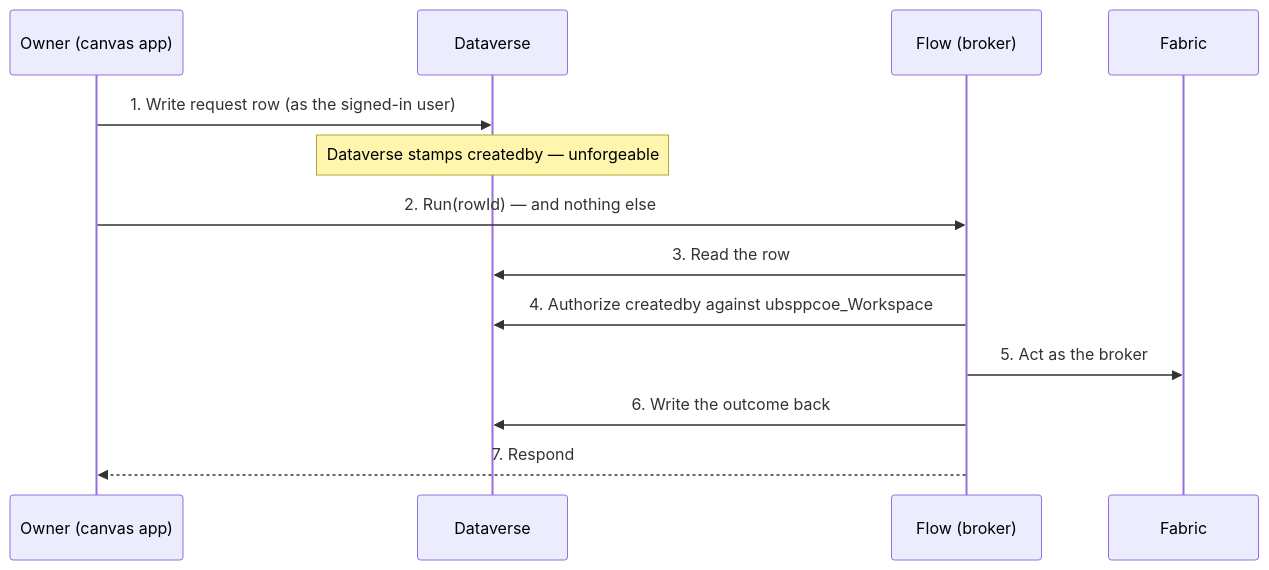
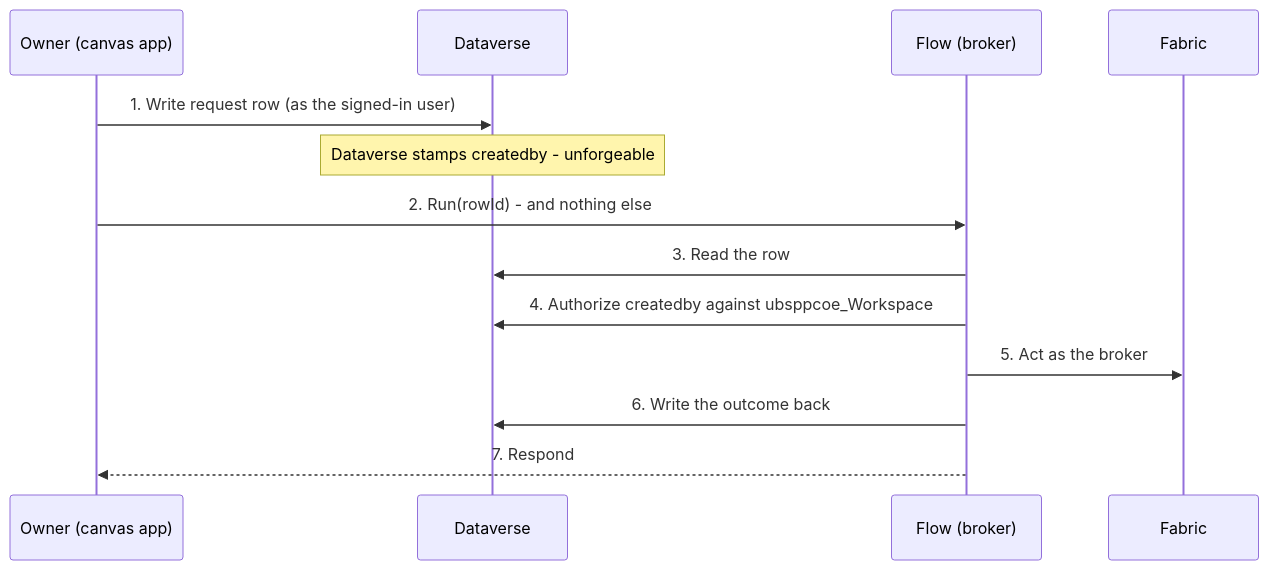
The second of 5 diagrams in workspace-settings/ARCHITECTURE.md (velniaszs/Fabric_Workspace_Settings), drawn with Mermaid before and after one commit. The commit also changed other lines of this file and 1 other file, not shown here.

````diff
--- a/workspace-settings/ARCHITECTURE.md
+++ b/workspace-settings/ARCHITECTURE.md
@@ -225,16 +225,16 @@
 ```mermaid
 sequenceDiagram
     participant U as Owner (canvas app)
     participant D as Dataverse
     participant F as Flow (broker)
     participant X as Fabric
 
     U->>D: 1. Write request row (as the signed-in user)
-    Note over D: Dataverse stamps createdby — unforgeable
-    U->>F: 2. Run(rowId) — and nothing else
+    Note over D: Dataverse stamps createdby - unforgeable
+    U->>F: 2. Run(rowId) - and nothing else
     F->>D: 3. Read the row
     F->>D: 4. Authorize createdby against ubsppcoe_Workspace
     F->>X: 5. Act as the broker
     F->>D: 6. Write the outcome back
     F-->>U: 7. Respond
 ```
````
